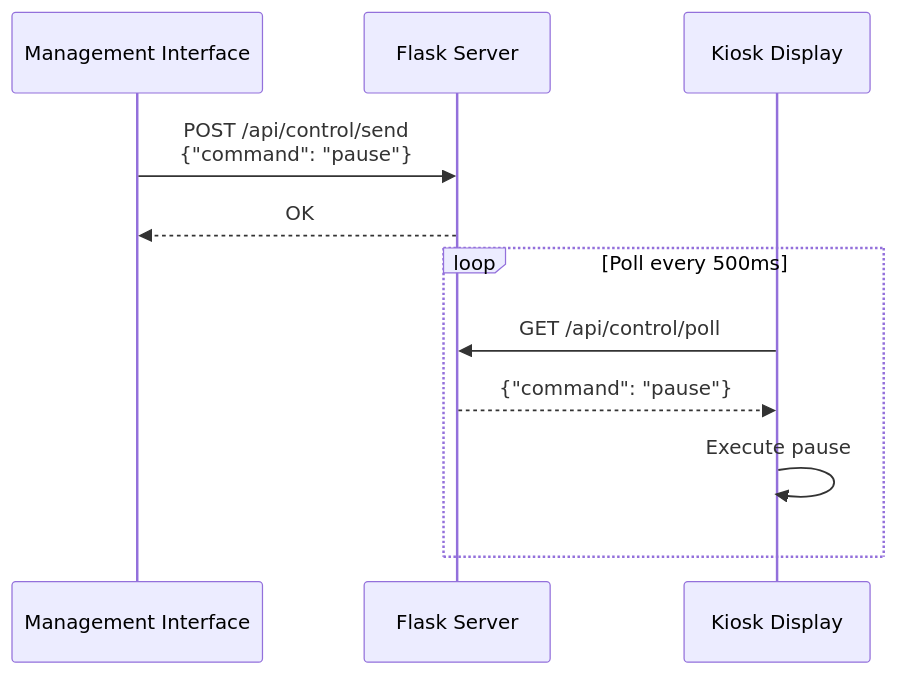
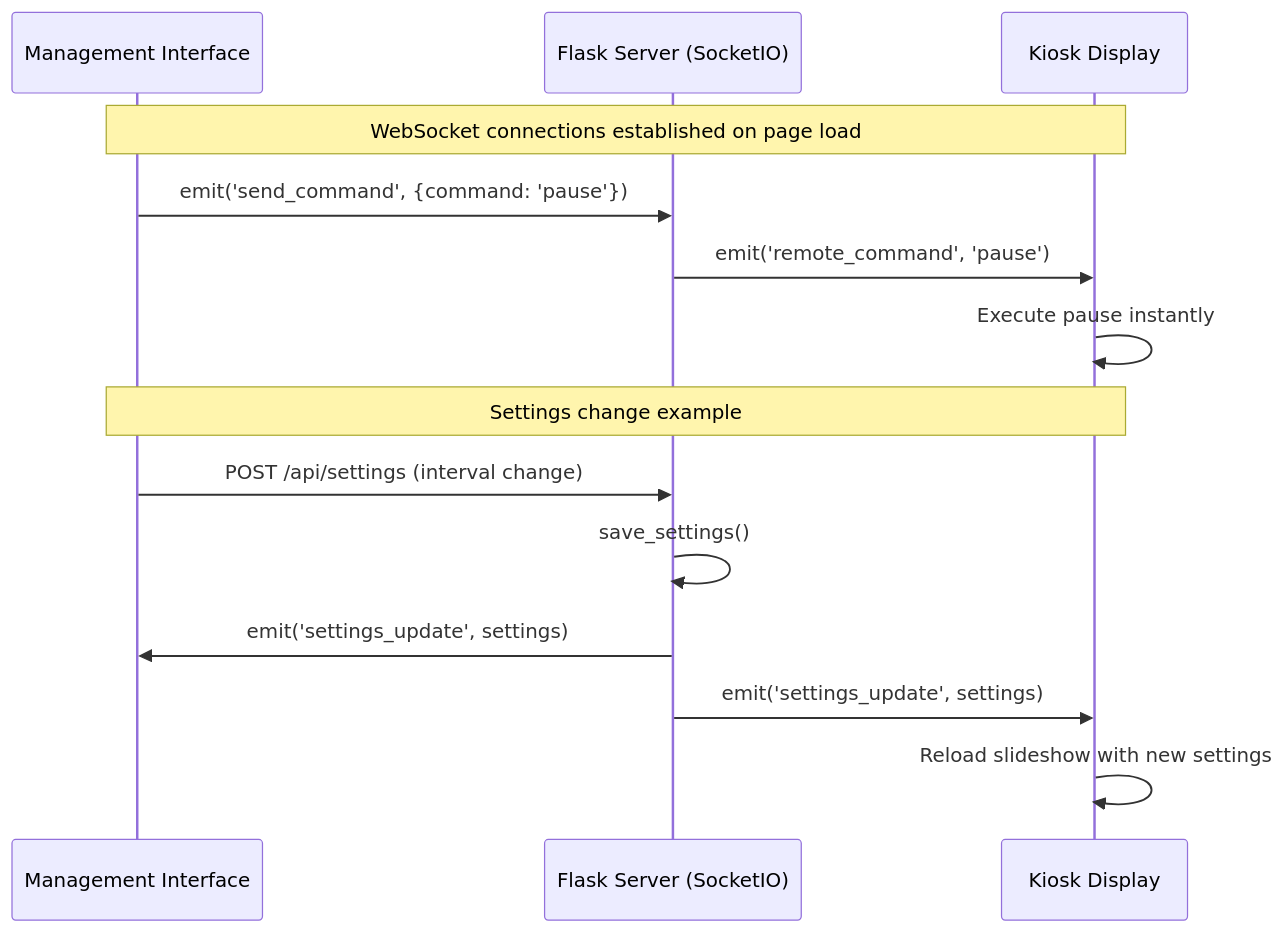
Before and after one commit to yodalf/art-kiosk: the third of 4 diagrams in ARCHITECTURE.md, drawn with Mermaid. The commit also changed other lines of this file and 1 other file, not shown here.

First line of the commit message:
Update documentation for WebSocket implementation

````diff
--- a/ARCHITECTURE.md
+++ b/ARCHITECTURE.md
@@ -276,15 +278,20 @@
 ```mermaid
 sequenceDiagram
     participant Mgmt as Management Interface
-    participant Server as Flask Server
+    participant Server as Flask Server (SocketIO)
     participant Kiosk as Kiosk Display
 
-    Mgmt->>Server: POST /api/control/send<br/>{"command": "pause"}
-    Server-->>Mgmt: OK
+    Note over Mgmt,Kiosk: WebSocket connections established on page load
 
-    loop Poll every 500ms
-        Kiosk->>Server: GET /api/control/poll
-        Server-->>Kiosk: {"command": "pause"}
-        Kiosk->>Kiosk: Execute pause
-    end
+    Mgmt->>Server: emit('send_command', {command: 'pause'})
+    Server->>Kiosk: emit('remote_command', 'pause')
+    Kiosk->>Kiosk: Execute pause instantly
+
+    Note over Mgmt,Kiosk: Settings change example
+
+    Mgmt->>Server: POST /api/settings (interval change)
+    Server->>Server: save_settings()
+    Server->>Mgmt: emit('settings_update', settings)
+    Server->>Kiosk: emit('settings_update', settings)
+    Kiosk->>Kiosk: Reload slideshow with new settings
 ```
````
